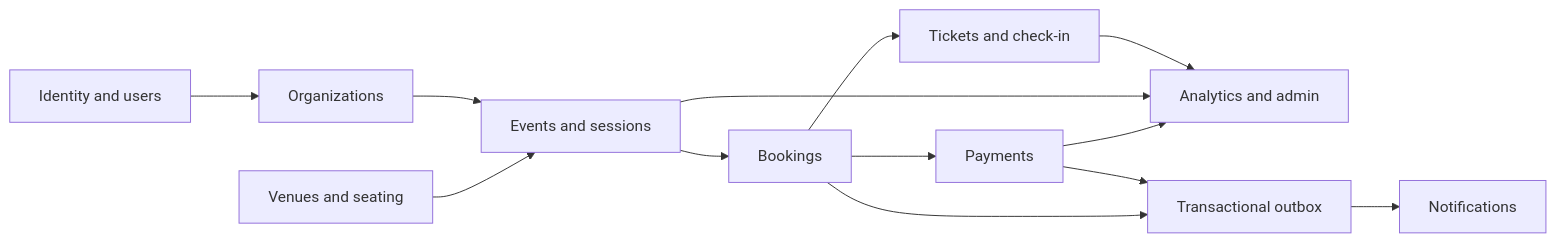
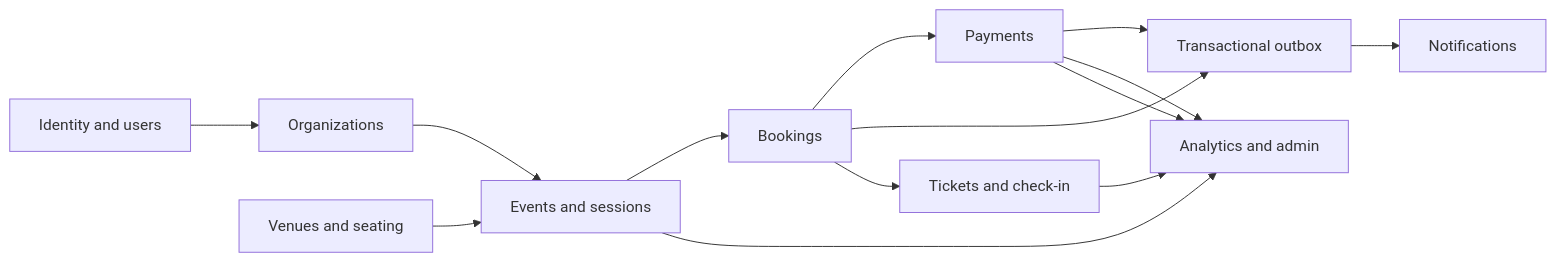
One commit to JasonTM17/Eventory changed the diagram in docs/architecture/component-diagram.md. Above: the diagram before and after it, drawn with Mermaid. The commit also changed other lines of this file and 34 other files, not shown here.

````diff
--- a/docs/architecture/component-diagram.md
+++ b/docs/architecture/component-diagram.md
@@ -3,26 +3,27 @@
 ```mermaid
 flowchart LR
   identity[Identity and users]
   orgs[Organizations]
   venues[Venues and seating]
   events[Events and sessions]
   bookings[Bookings]
   payments[Payments]
   tickets[Tickets and check-in]
   notify[Notifications]
   analytics[Analytics and admin]
   outbox[Transactional outbox]
 
   identity --> orgs
   orgs --> events
   venues --> events
   events --> bookings
   bookings --> payments
   payments --> outbox
+  payments --> analytics
   bookings --> outbox
   outbox --> notify
   bookings --> tickets
   tickets --> analytics
   events --> analytics
   payments --> analytics
 ```
````
